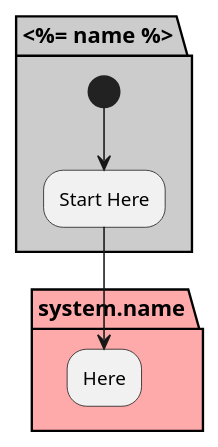
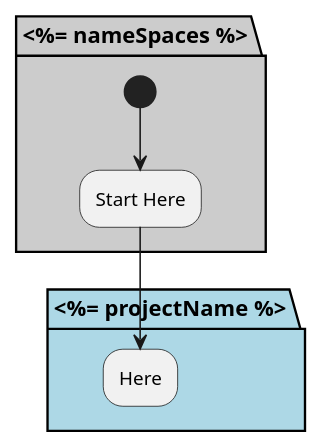
Before and after one commit to madajaju/bouquet: the diagram in bouquet-Actor/templates/Activity.puml, drawn with PlantUML. The commit also changed 36 other files, not shown here.

```diff
--- a/bouquet-Actor/templates/Activity.puml
+++ b/bouquet-Actor/templates/Activity.puml
@@ -1,12 +1,12 @@
 @startuml
 
 
-partition "<%= name %>"  #cccccc {
+partition "<%= nameSpaces %>"  #cccccc {
   (*) --> "Start Here"
 }
 
-partition "system.name" #ffaaaa {
+partition "<%= projectName %>" #lightblue {
   "Start Here" --> "Here"
 }
 
 @enduml
```
